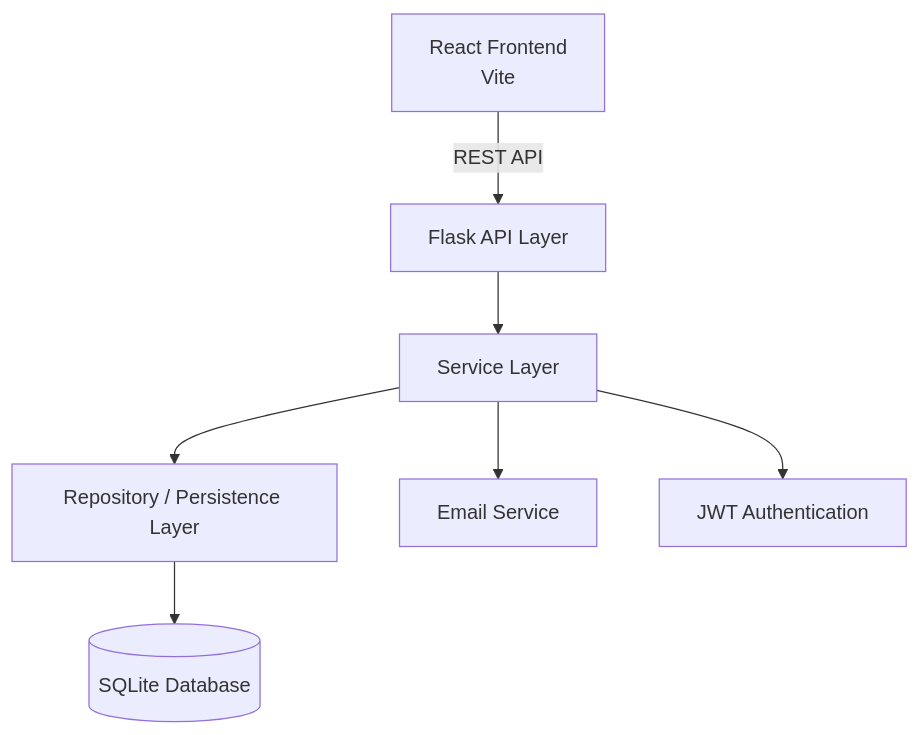
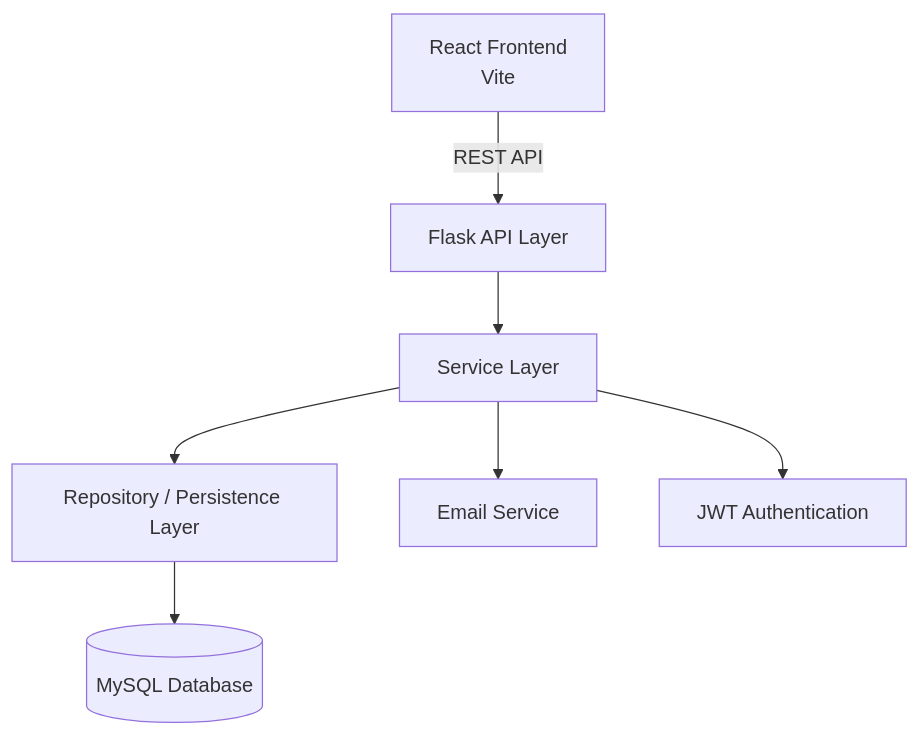
One commit to omarrui/Jardinage_jr changed the first of 2 diagrams in README.md. Above: the diagram before and after it, drawn with Mermaid. The commit also changed other lines of this file and 23 other files, not shown here.

````diff
--- a/README.md
+++ b/README.md
@@ -58,10 +58,10 @@
 ```mermaid
 flowchart TD
     A[React Frontend<br/>Vite] -->|REST API| B[Flask API Layer]
     B --> C[Service Layer]
     C --> D[Repository / Persistence Layer]
-    D --> E[(SQLite Database)]
+    D --> E[(MySQL Database)]
 
     C --> F[Email Service]
     C --> G[JWT Authentication]
 ```
````
